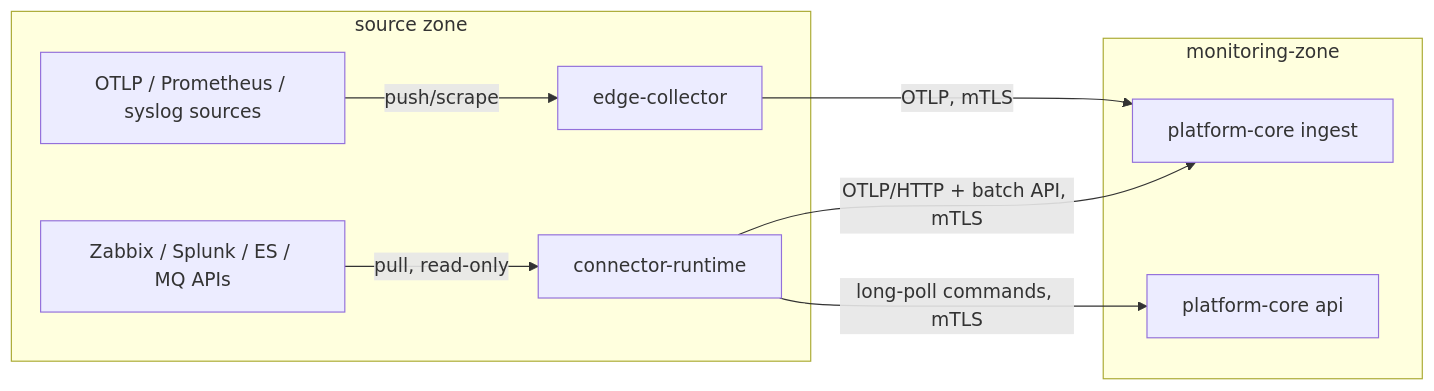
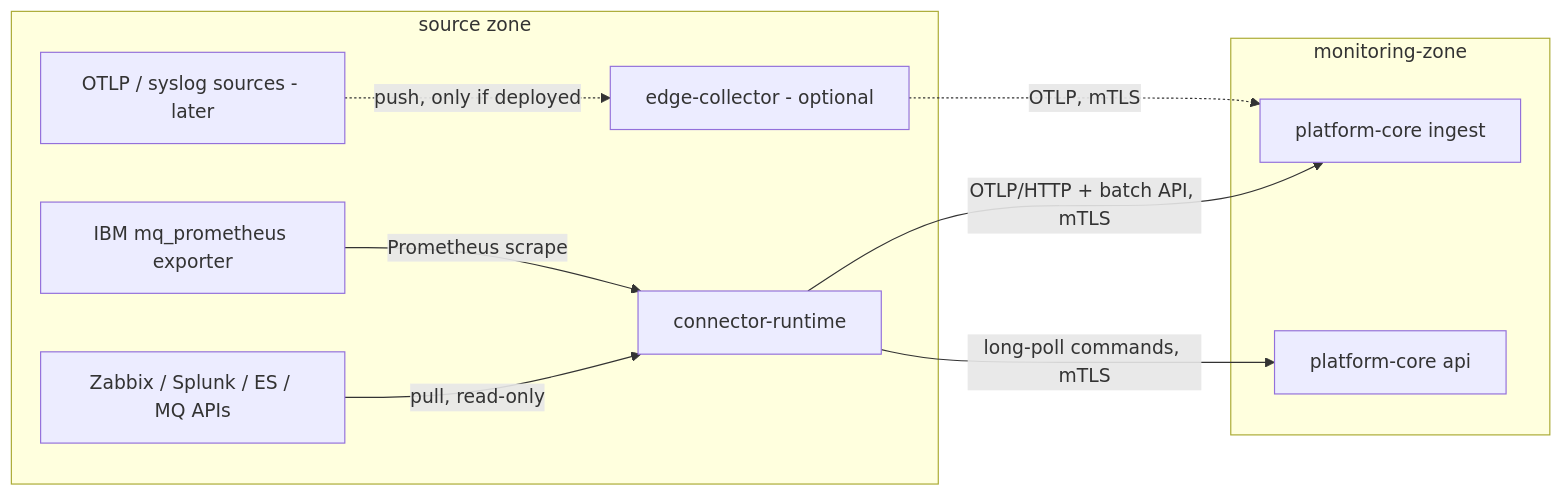
Before and after one commit to navy1919/IssabelMonitoring: the diagram in docs/architecture/architecture-decision-records/ADR-0004-collector-and-connector-architecture.md, drawn with Mermaid. The commit also changed other lines of this file and 46 other files, not shown here.

````diff
--- a/docs/architecture/architecture-decision-records/ADR-0004-collector-and-connector-architecture.md
+++ b/docs/architecture/architecture-decision-records/ADR-0004-collector-and-connector-architecture.md
@@ -24,18 +32,20 @@
 ```mermaid
 flowchart LR
   subgraph zone[source zone]
     SRC1[Zabbix / Splunk / ES / MQ APIs]
-    SRC2[OTLP / Prometheus / syslog sources]
+    MQX[IBM mq_prometheus exporter]
+    SRC2[OTLP / syslog sources - later]
     CR[connector-runtime]
-    EC[edge-collector]
+    EC[edge-collector - optional]
     SRC1 -- pull, read-only --> CR
-    SRC2 -- push/scrape --> EC
+    MQX -- Prometheus scrape --> CR
+    SRC2 -. push, only if deployed .-> EC
   end
   subgraph mon[monitoring-zone]
     ING[platform-core ingest]
     API[platform-core api]
   end
   CR -- OTLP/HTTP + batch API, mTLS --> ING
   CR -- long-poll commands, mTLS --> API
-  EC -- OTLP, mTLS --> ING
+  EC -. OTLP, mTLS .-> ING
 ```
````
